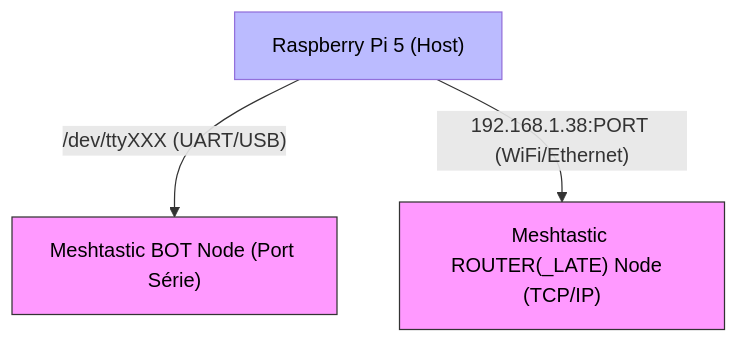
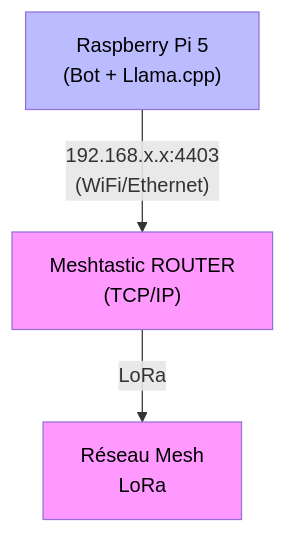
Before and after one commit to Tigro14/meshbot: the second of 2 diagrams in README.md, drawn with Mermaid. The commit also changed other lines of this file and 2 other files, not shown here.

Commit message:
Add single-node TCP/Serial mode support

````diff
--- a/README.md
+++ b/README.md
@@ -9,16 +32,16 @@
 ```mermaid
 graph TD
     %% Styles
     classDef node fill:#f9f,color:#000
     classDef rpi fill:#bbf,color:#000
     classDef connection stroke:#333,color:#000
 
     %% Nodes
-    RPi5["Raspberry Pi 5 (Host)"]:::rpi
-    Meshtastic-bot["Meshtastic BOT Node (Port Série)"]:::node
-    Meshtastic-router["Meshtastic ROUTER(_LATE) Node  (TCP/IP)"]:::node
+    RPi5["Raspberry Pi 5<br/>(Bot + Llama.cpp)"]:::rpi
+    MeshRouter["Meshtastic ROUTER<br/>(TCP/IP)"]:::node
+    MeshNetwork["Réseau Mesh<br/>LoRa"]:::node
 
     %% Connections
-    RPi5 -- "/dev/ttyXXX (UART/USB)" --> Meshtastic-bot:::connection
-    RPi5 -- "192.168.1.38:PORT (WiFi/Ethernet)" --> Meshtastic-router:::connection
+    RPi5 -- "192.168.x.x:4403<br/>(WiFi/Ethernet)" --> MeshRouter
+    MeshRouter -- "LoRa" --> MeshNetwork
 ```
````
